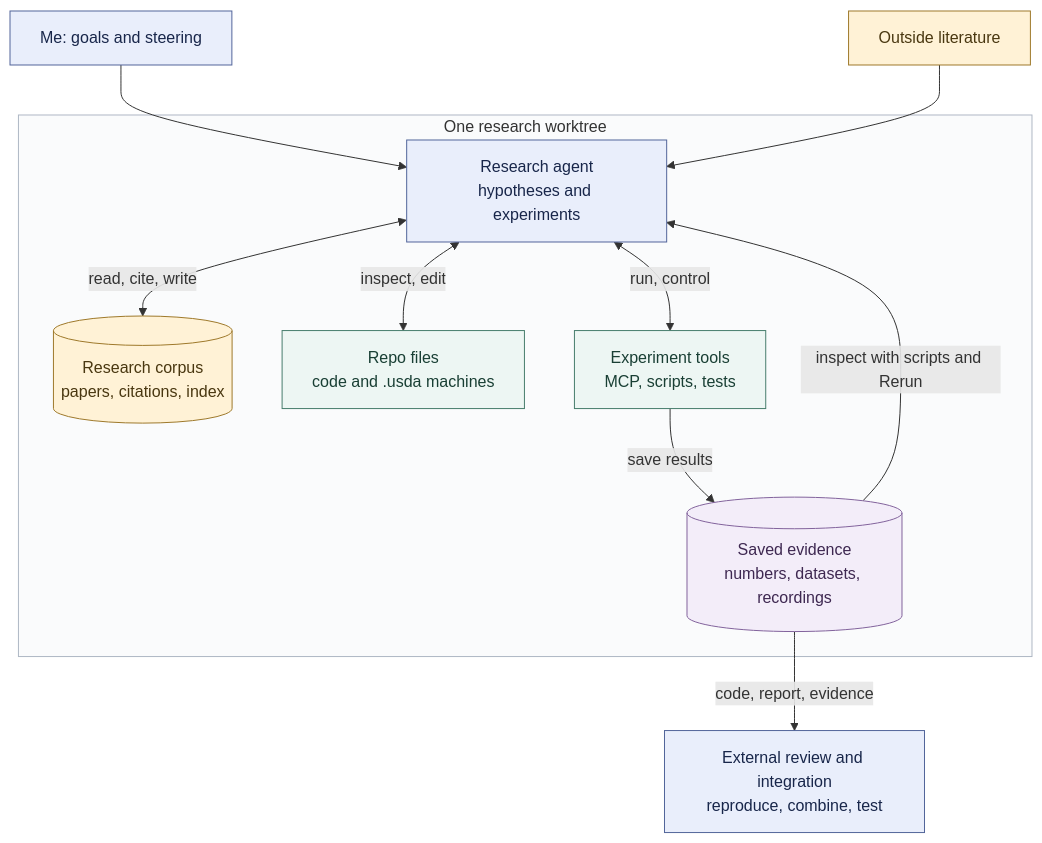
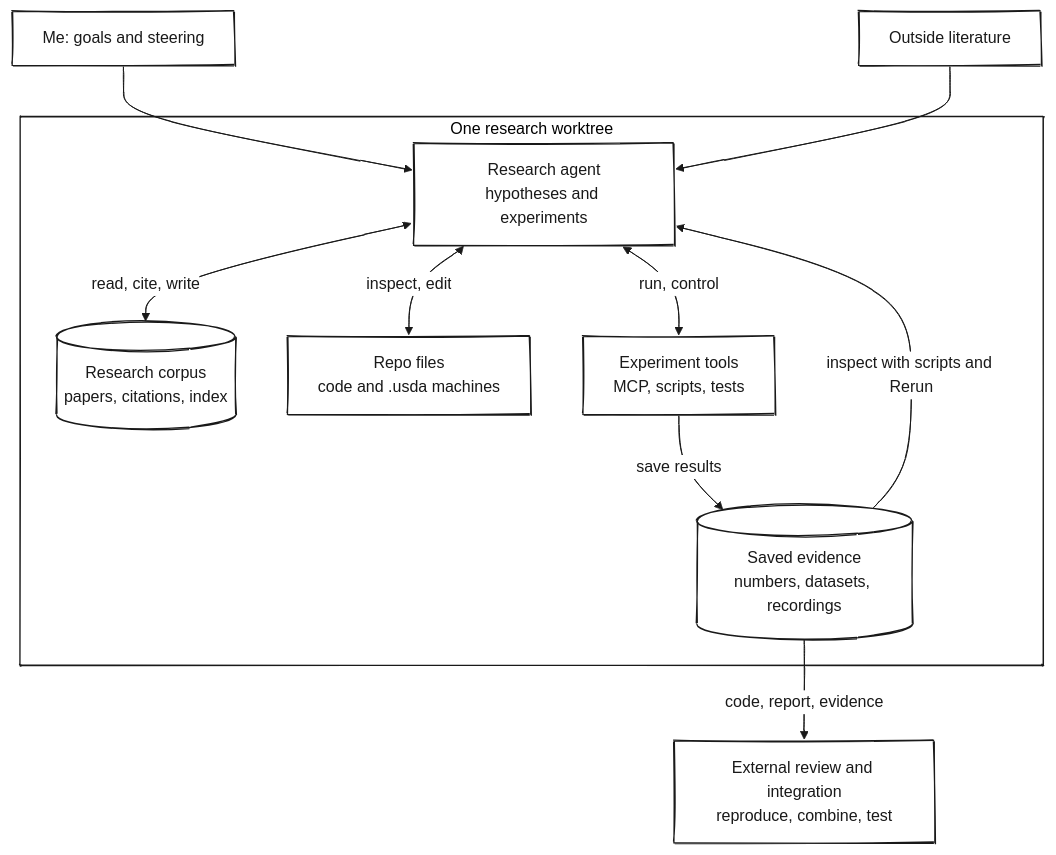
Before and after one commit to tobbelobb/tbear_blogg: the diagram in blog/2026/bilder/hp-sim5-research-lab.mmd, drawn with Mermaid. The commit also changed 6 other files, not shown here.

Commit message:
Changes style of diagrams

```diff
--- a/blog/2026/bilder/hp-sim5-research-lab.mmd
+++ b/blog/2026/bilder/hp-sim5-research-lab.mmd
@@ -1,32 +1,37 @@
+---
+config:
+  look: handDrawn
+  handDrawnSeed: 41
+  theme: base
+  fontFamily: 'Chilanka, Comic Sans MS, cursive'
+  themeVariables:
+    primaryColor: '#ffffff'
+    primaryTextColor: '#191919'
+    primaryBorderColor: '#191919'
+    lineColor: '#191919'
+    clusterBkg: '#ffffff'
+    clusterBorder: '#191919'
+    edgeLabelBackground: '#ffffff'
+---
 flowchart TB
     accTitle: The hp-sim5 researcher and its laboratory
     accDescr: A human steers the researcher, which reads and extends a cited research corpus, edits source and robot descriptions, runs experiments and tests, and analyses numerical evidence and Rerun recordings. Contributions go to external review and integration.
 
     human["Me: goals and steering"] --> agent
     literature["Outside literature"] --> agent
 
     subgraph worktree["One research worktree"]
         agent["Research agent<br/>hypotheses and experiments"]
         corpus[("Research corpus<br/>papers, citations, index")]
         code["Repo files<br/>code and .usda machines"]
         lab["Experiment tools<br/>MCP, scripts, tests"]
         evidence[("Saved evidence<br/>numbers, datasets, recordings")]
 
         agent <-->|read, cite, write| corpus
         agent <-->|inspect, edit| code
         agent <-->|run, control| lab
         lab -->|save results| evidence
         evidence -->|inspect with scripts and Rerun| agent
     end
 
     evidence -->|code, report, evidence| review["External review and integration<br/>reproduce, combine, test"]
-
-    classDef person fill:#e9eefb,stroke:#52659a,color:#18264a
-    classDef memory fill:#fff2d6,stroke:#9e792b,color:#493710
-    classDef software fill:#edf6f3,stroke:#477d6c,color:#193f34
-    classDef observation fill:#f3edf9,stroke:#82639c,color:#3e2851
-    class human,agent,review person
-    class literature,corpus memory
-    class code,lab software
-    class evidence observation
-    style worktree fill:#fafbfc,stroke:#aeb7c4,stroke-width:1px
```
